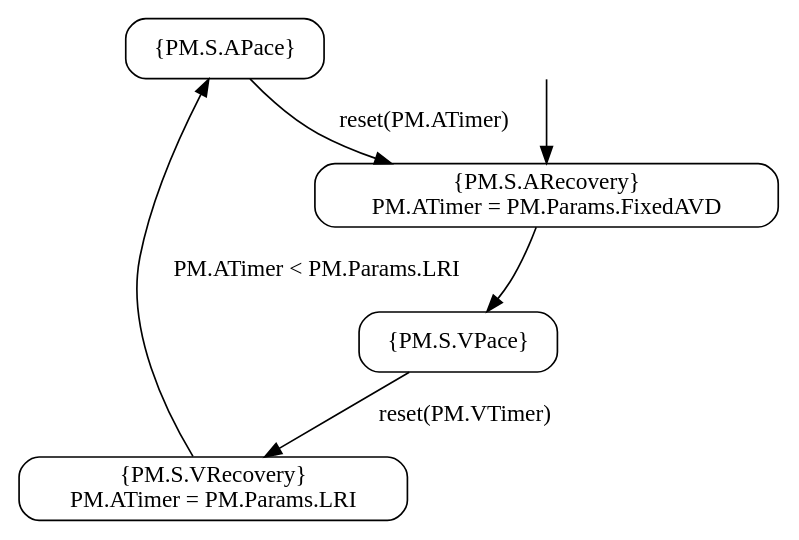
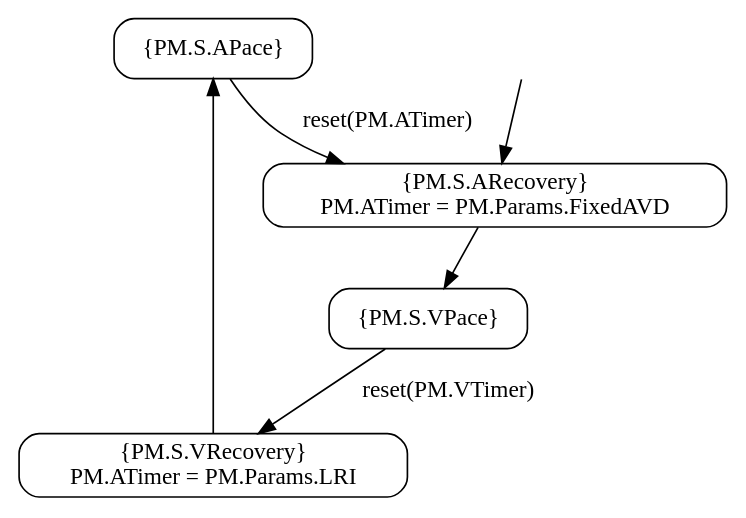
Before and after one commit to juodaspaulius/BehavioralClafer: the diagram in pacemaker-case-study/pacemaker-model/Modes/doo.dot, drawn with Graphviz. The commit also changed 2 other files, not shown here.

```diff
--- a/pacemaker-case-study/pacemaker-model/Modes/doo.dot
+++ b/pacemaker-case-study/pacemaker-model/Modes/doo.dot
@@ -1,20 +1,20 @@
 digraph{
   splines=true;
   sep="+25,25";
 overlap=scalexy;
 nodesep=0.6;
 	node [style=rounded shape=box];
 
   1 [label="{PM.S.APace}"];
   2 [label="{PM.S.ARecovery}\n PM.ATimer = PM.Params.FixedAVD"];
   3 [label="{PM.S.VPace}"];
   4 [label="{PM.S.VRecovery} \n PM.ATimer = PM.Params.LRI"];
   hidden [style=invis];
 
   hidden -> 2;
   1 -> 2 [label="reset(PM.ATimer)"];
   3 -> 4 [label="reset(PM.VTimer)"];
   2 -> 3 
-4 -> 1 [label="PM.ATimer < PM.Params.LRI"];
+4 -> 1;
 
 }
```
